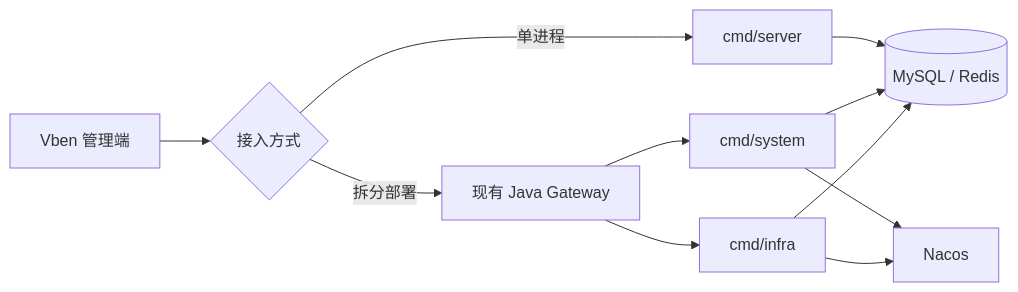
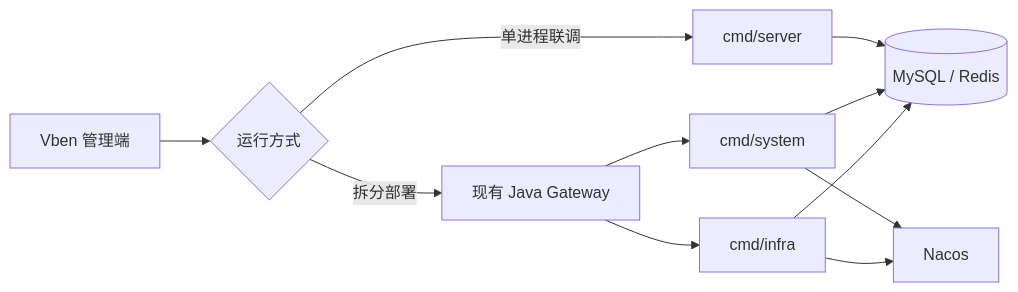
One commit to weilhuang/yudao-cloud-go changed the diagram in README.md. Above: the diagram before and after it, drawn with Mermaid. The commit also changed other lines of this file and 10 other files, not shown here.

````diff
--- a/README.md
+++ b/README.md
@@ -62,13 +64,13 @@
 ```mermaid
 flowchart LR
-    UI[Vben 管理端] --> A{接入方式}
-    A -->|单进程| ONE[cmd/server]
-    A -->|拆分部署| GW[现有 Java Gateway]
+    UI[Vben 管理端] --> MODE{运行方式}
+    MODE -->|单进程联调| ONE[cmd/server]
+    MODE -->|拆分部署| GW[现有 Java Gateway]
     GW --> SYS[cmd/system]
     GW --> INF[cmd/infra]
+    SYS --> NACOS[Nacos]
+    INF --> NACOS
     ONE --> DATA[(MySQL / Redis)]
     SYS --> DATA
     INF --> DATA
-    SYS --> NACOS[Nacos]
-    INF --> NACOS
 ```
````
